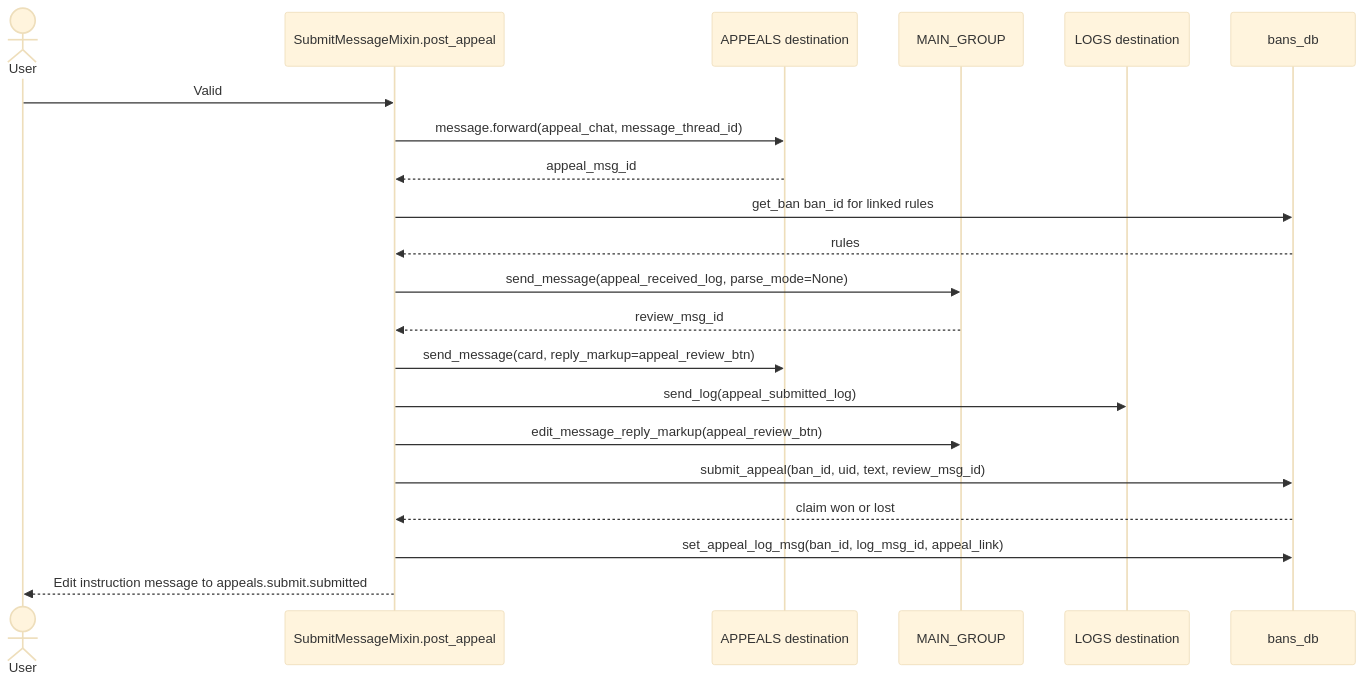
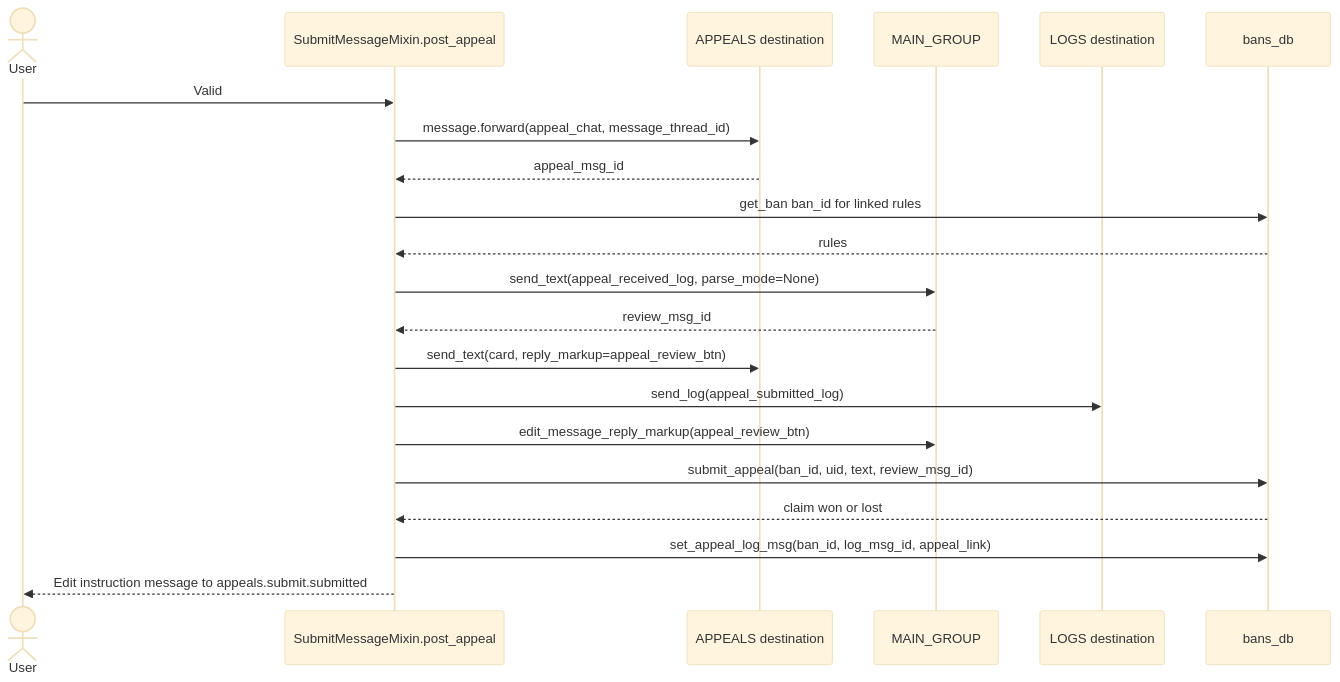
Before and after one commit to D1ZZY4/tcbot: the second of 4 diagrams in docs/flows/appeals.md, drawn with Mermaid (base theme). The commit also changed 85 other files, not shown here.

````diff
--- a/docs/flows/appeals.md
+++ b/docs/flows/appeals.md
@@ -64,23 +64,23 @@
 ```mermaid
 sequenceDiagram
     actor User
     participant Flow as SubmitMessageMixin.post_appeal
     participant Appeals as APPEALS destination
     participant Group as MAIN_GROUP
     participant Logs as LOGS destination
     participant DB as bans_db
     User->>Flow: Valid #appeal text
     Flow->>Appeals: message.forward(appeal_chat, message_thread_id)
     Appeals-->>Flow: appeal_msg_id
     Flow->>DB: get_ban ban_id for linked rules
     DB-->>Flow: rules
-    Flow->>Group: send_message(appeal_received_log, parse_mode=None)
+    Flow->>Group: send_text(appeal_received_log, parse_mode=None)
     Group-->>Flow: review_msg_id
-    Flow->>Appeals: send_message(card, reply_markup=appeal_review_btn)
+    Flow->>Appeals: send_text(card, reply_markup=appeal_review_btn)
     Flow->>Logs: send_log(appeal_submitted_log)
     Flow->>Group: edit_message_reply_markup(appeal_review_btn)
     Flow->>DB: submit_appeal(ban_id, uid, text, review_msg_id)
     DB-->>Flow: claim won or lost
     Flow->>DB: set_appeal_log_msg(ban_id, log_msg_id, appeal_link)
     Flow-->>User: Edit instruction message to appeals.submit.submitted
 ```
````
